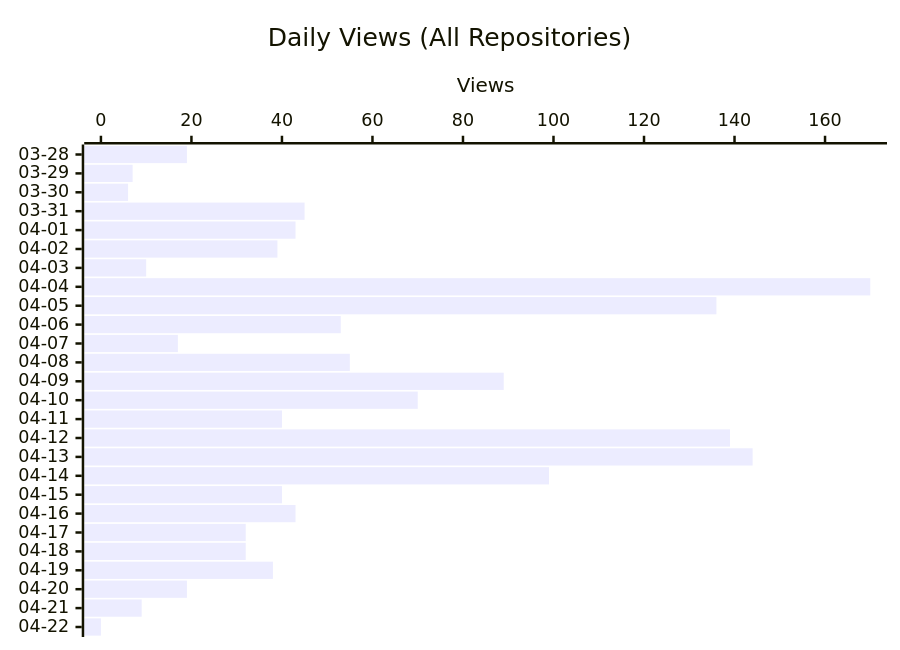
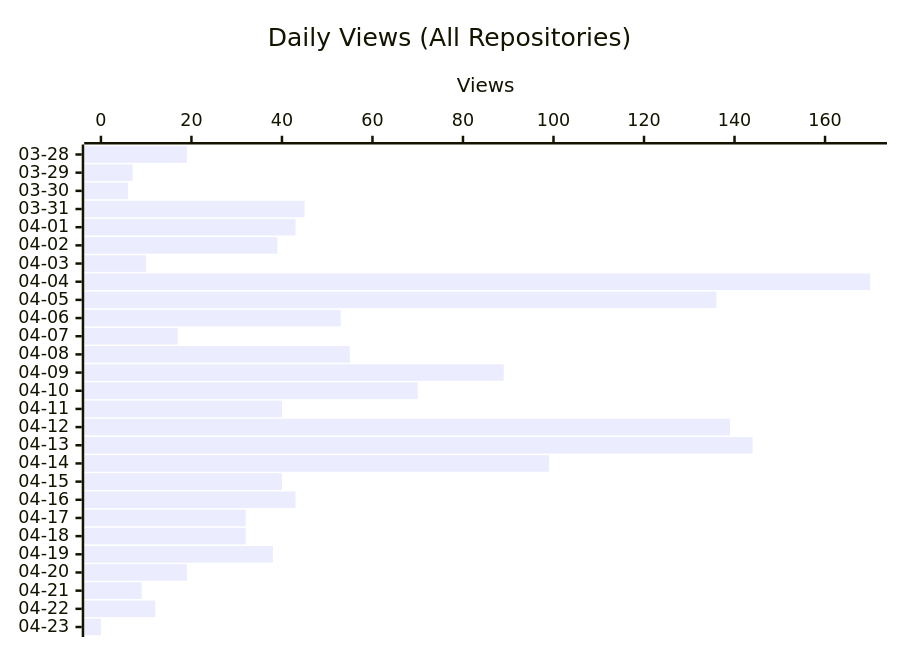
One commit to shigechika/github-insights changed the second of 3 diagrams in README.md. Above: the diagram before and after it, drawn with Mermaid. The commit also changed other lines of this file and 1 other file, not shown here.

````diff
--- a/README.md
+++ b/README.md
@@ -26,7 +26,7 @@
 ```mermaid
 xychart-beta horizontal
     title "Daily Views (All Repositories)"
-    x-axis ["03-28", "03-29", "03-30", "03-31", "04-01", "04-02", "04-03", "04-04", "04-05", "04-06", "04-07", "04-08", "04-09", "04-10", "04-11", "04-12", "04-13", "04-14", "04-15", "04-16", "04-17", "04-18", "04-19", "04-20", "04-21", "04-22"]
+    x-axis ["03-28", "03-29", "03-30", "03-31", "04-01", "04-02", "04-03", "04-04", "04-05", "04-06", "04-07", "04-08", "04-09", "04-10", "04-11", "04-12", "04-13", "04-14", "04-15", "04-16", "04-17", "04-18", "04-19", "04-20", "04-21", "04-22", "04-23"]
     y-axis "Views"
-    bar [19, 7, 6, 45, 43, 39, 10, 170, 136, 53, 17, 55, 89, 70, 40, 139, 144, 99, 40, 43, 32, 32, 38, 19, 9, 0]
+    bar [19, 7, 6, 45, 43, 39, 10, 170, 136, 53, 17, 55, 89, 70, 40, 139, 144, 99, 40, 43, 32, 32, 38, 19, 9, 12, 0]
 ```
````
